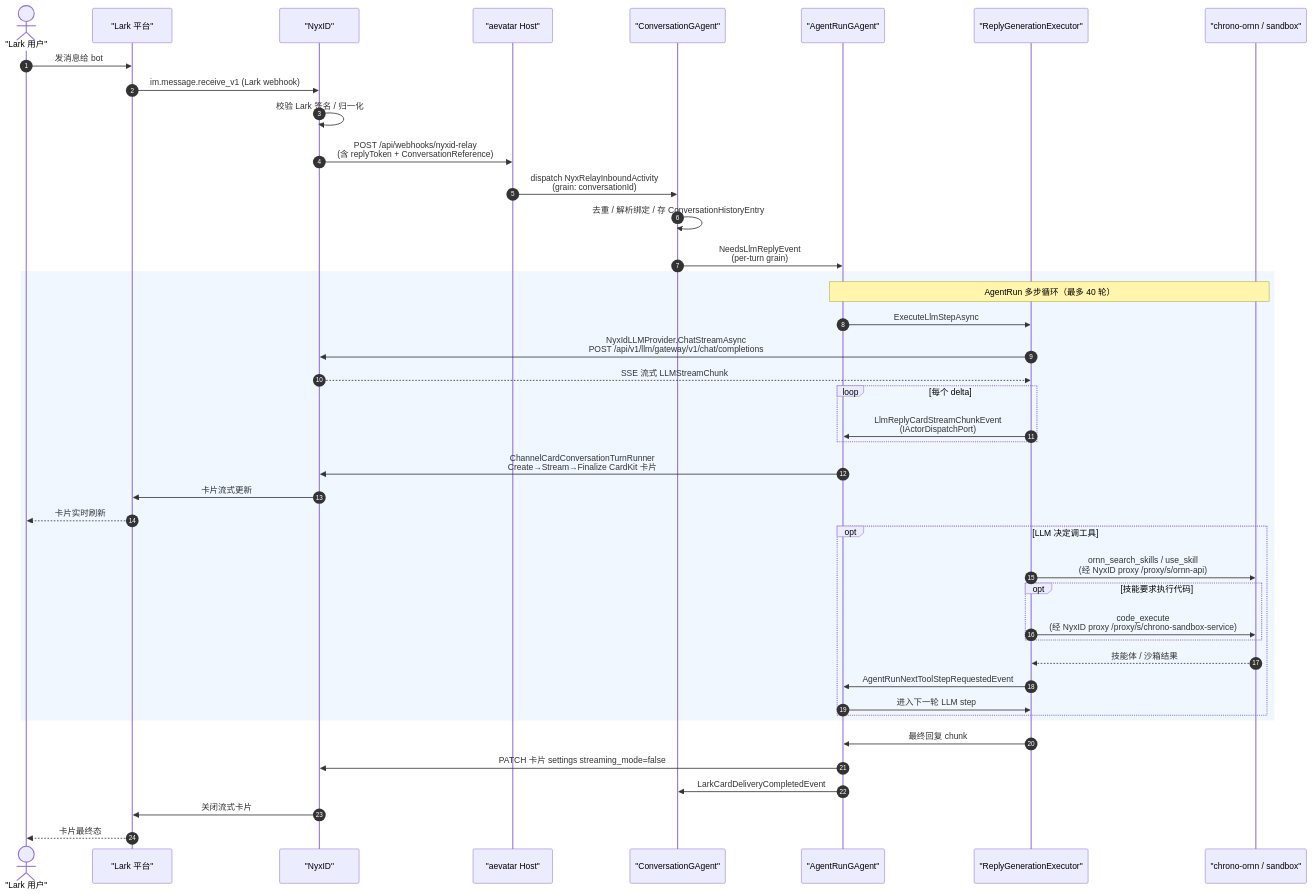
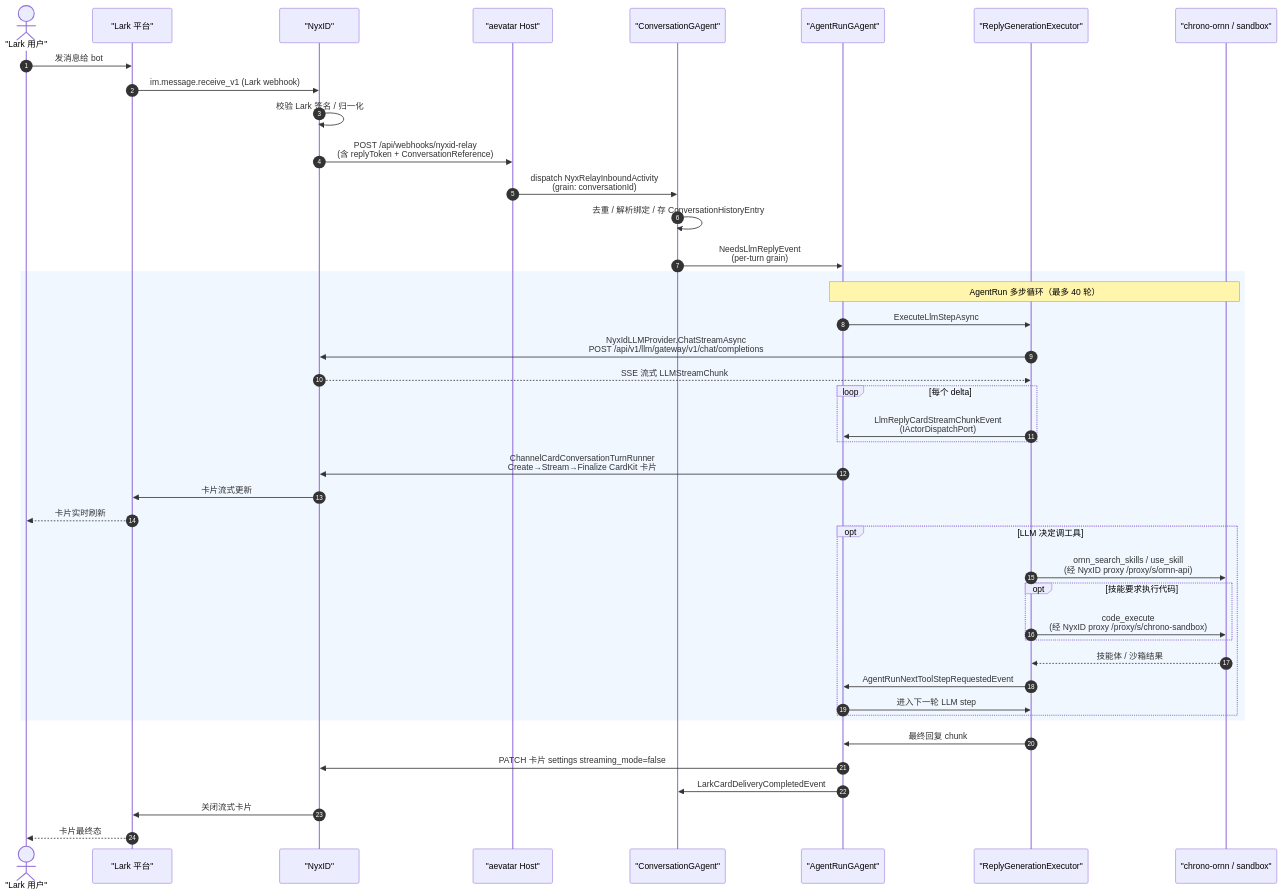
One commit to aevatarAI/aevatar changed the first of 3 diagrams in docs/2026-06-15-lark-nyxid-ornn-interaction.md. Above: the diagram before and after it, drawn with Mermaid. The commit also changed other lines of this file and 8 other files, not shown here.

Commit message:
Use canonical Chrono sandbox slug

````diff
--- a/docs/2026-06-15-lark-nyxid-ornn-interaction.md
+++ b/docs/2026-06-15-lark-nyxid-ornn-interaction.md
@@ -31,50 +31,50 @@
 ```mermaid
 %%{init: {"maxTextSize": 100000, "flowchart": {"useMaxWidth": false, "nodeSpacing": 10, "rankSpacing": 50}, "themeVariables": {"fontSize": "10px"}}}%%
 sequenceDiagram
     autonumber
     actor U as "Lark 用户"
     participant L as "Lark 平台"
     participant N as "NyxID"
     participant A as "aevatar Host"
     participant CG as "ConversationGAgent"
     participant AR as "AgentRunGAgent"
     participant EX as "ReplyGenerationExecutor"
     participant OR as "chrono-ornn / sandbox"
 
     U->>L: 发消息给 bot
     L->>N: im.message.receive_v1 (Lark webhook)
     N->>N: 校验 Lark 签名 / 归一化
     N->>A: POST /api/webhooks/nyxid-relay<br/>(含 replyToken + ConversationReference)
     A->>CG: dispatch NyxRelayInboundActivity<br/>(grain: conversationId)
     CG->>CG: 去重 / 解析绑定 / 存 ConversationHistoryEntry
     CG->>AR: NeedsLlmReplyEvent<br/>(per-turn grain)
 
     rect rgba(220,235,255,0.4)
         Note over AR,OR: AgentRun 多步循环（最多 40 轮）
         AR->>EX: ExecuteLlmStepAsync
         EX->>N: NyxIdLLMProvider.ChatStreamAsync<br/>POST /api/v1/llm/gateway/v1/chat/completions
         N-->>EX: SSE 流式 LLMStreamChunk
         loop 每个 delta
             EX->>AR: LlmReplyCardStreamChunkEvent<br/>(IActorDispatchPort)
         end
         AR->>N: ChannelCardConversationTurnRunner<br/>Create→Stream→Finalize CardKit 卡片
         N->>L: 卡片流式更新
         L-->>U: 卡片实时刷新
 
         opt LLM 决定调工具
             EX->>OR: ornn_search_skills / use_skill<br/>(经 NyxID proxy /proxy/s/ornn-api)
             opt 技能要求执行代码
-                EX->>OR: code_execute<br/>(经 NyxID proxy /proxy/s/chrono-sandbox-service)
+                EX->>OR: code_execute<br/>(经 NyxID proxy /proxy/s/chrono-sandbox)
             end
             OR-->>EX: 技能体 / 沙箱结果
             EX->>AR: AgentRunNextToolStepRequestedEvent
             AR->>EX: 进入下一轮 LLM step
         end
     end
 
     EX->>AR: 最终回复 chunk
     AR->>N: PATCH 卡片 settings streaming_mode=false
     AR->>CG: LarkCardDeliveryCompletedEvent
     N->>L: 关闭流式卡片
     L-->>U: 卡片最终态
 ```
````
